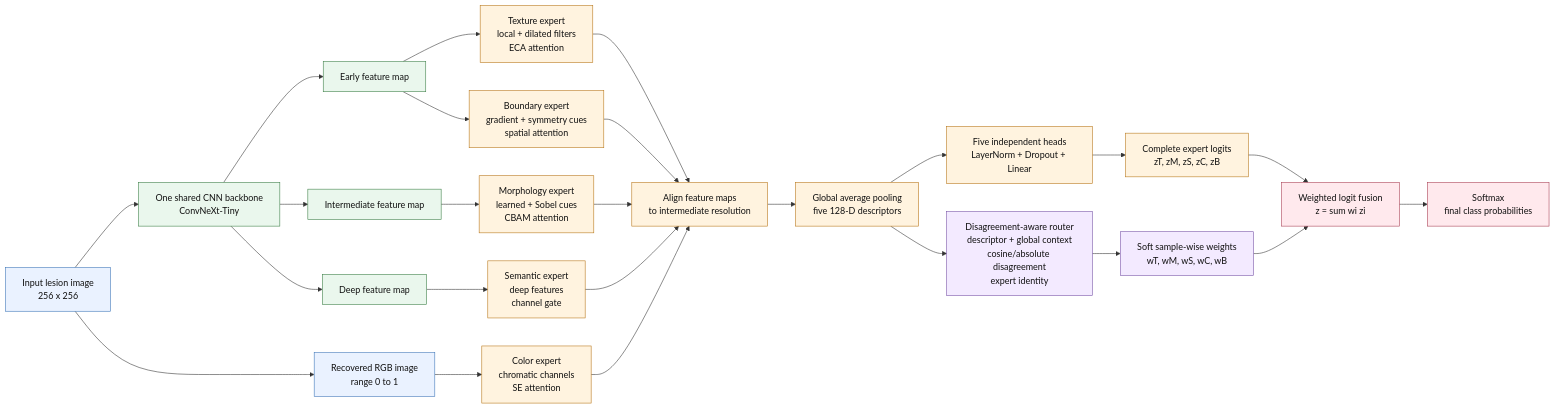
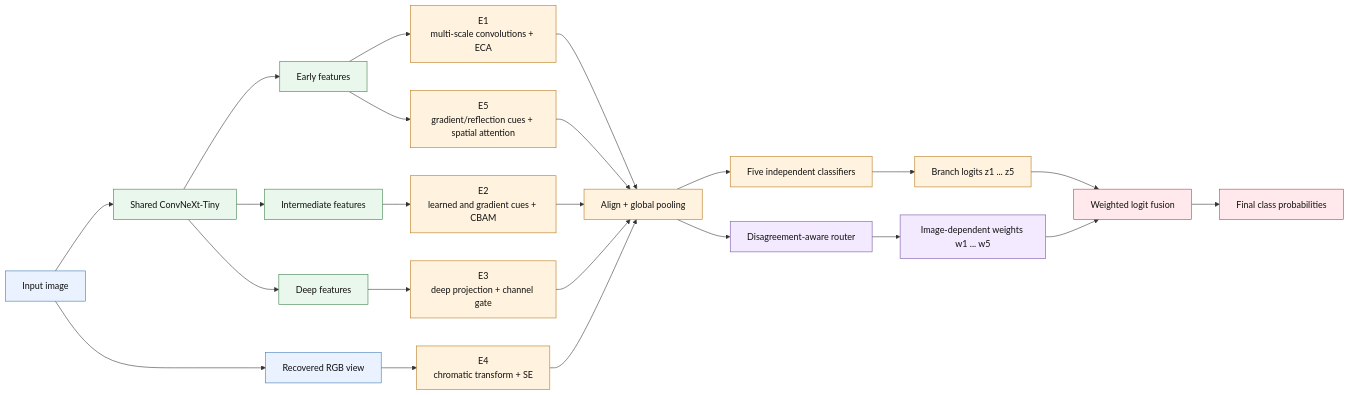
Before and after one commit to AnushtupGhosh5/Classification: the diagram in ARCHITECTURE_DIAGRAM.md, drawn with Mermaid. The commit also changed other lines of this file and 93 other files, not shown here.

````diff
--- a/ARCHITECTURE_DIAGRAM.md
+++ b/ARCHITECTURE_DIAGRAM.md
@@ -5,49 +8,39 @@
 ```mermaid
 flowchart LR
-    I["Input lesion image<br/>256 x 256"]
-    B["One shared CNN backbone<br/>ConvNeXt-Tiny"]
-    E["Early feature map"]
-    M["Intermediate feature map"]
-    D["Deep feature map"]
-    RGB["Recovered RGB image<br/>range 0 to 1"]
+    X["Input image"] --> B["Shared ConvNeXt-Tiny"]
+    X --> R["Recovered RGB view"]
+    B --> L["Early features"]
+    B --> M["Intermediate features"]
+    B --> H["Deep features"]
 
-    I --> B
-    I --> RGB
-    B --> E
-    B --> M
-    B --> D
+    L --> E1["E1<br/>multi-scale convolutions + ECA"]
+    M --> E2["E2<br/>learned and gradient cues + CBAM"]
+    H --> E3["E3<br/>deep projection + channel gate"]
+    R --> E4["E4<br/>chromatic transform + SE"]
+    L --> E5["E5<br/>gradient/reflection cues + spatial attention"]
 
-    E --> T["Texture expert<br/>local + dilated filters<br/>ECA attention"]
-    M --> S["Morphology expert<br/>learned + Sobel cues<br/>CBAM attention"]
-    D --> SEM["Semantic expert<br/>deep features<br/>channel gate"]
-    RGB --> C["Color expert<br/>chromatic channels<br/>SE attention"]
-    E --> BD["Boundary expert<br/>gradient + symmetry cues<br/>spatial attention"]
+    E1 --> P["Align + global pooling"]
+    E2 --> P
+    E3 --> P
+    E4 --> P
+    E5 --> P
 
-    T --> A["Align feature maps<br/>to intermediate resolution"]
-    S --> A
-    SEM --> A
-    C --> A
-    BD --> A
+    P --> C["Five independent classifiers"]
+    P --> D["Disagreement-aware router"]
+    C --> Z["Branch logits z1 ... z5"]
+    D --> W["Image-dependent weights w1 ... w5"]
+    Z --> F["Weighted logit fusion"]
+    W --> F
+    F --> Y["Final class probabilities"]
 
-    A --> P["Global average pooling<br/>five 128-D descriptors"]
-    P --> H["Five independent heads<br/>LayerNorm + Dropout + Linear"]
-    H --> Z["Complete expert logits<br/>zT, zM, zS, zC, zB"]
-
-    P --> R["Disagreement-aware router<br/>descriptor + global context<br/>cosine/absolute disagreement<br/>expert identity"]
-    R --> W["Soft sample-wise weights<br/>wT, wM, wS, wC, wB"]
-
-    Z --> F["Weighted logit fusion<br/>z = sum wi zi"]
-    W --> F
-    F --> O["Softmax<br/>final class probabilities"]
-
-    classDef input fill:#EAF2FF,stroke:#3973B7,color:#111;
-    classDef backbone fill:#EAF7ED,stroke:#3A7D44,color:#111;
-    classDef expert fill:#FFF3DF,stroke:#B67416,color:#111;
-    classDef router fill:#F3EAFF,stroke:#7550A5,color:#111;
-    classDef output fill:#FFE9ED,stroke:#A83D52,color:#111;
-    class I,RGB input;
-    class B,E,M,D backbone;
-    class T,S,SEM,C,BD,A,P,H,Z expert;
-    class R,W router;
-    class F,O output;
+    classDef input fill:#eaf2ff,stroke:#3973b7,color:#111;
+    classDef backbone fill:#eaf7ed,stroke:#3a7d44,color:#111;
+    classDef branch fill:#fff3df,stroke:#b67416,color:#111;
+    classDef router fill:#f3eaff,stroke:#7550a5,color:#111;
+    classDef output fill:#ffe9ed,stroke:#a83d52,color:#111;
+    class X,R input;
+    class B,L,M,H backbone;
+    class E1,E2,E3,E4,E5,P,C,Z branch;
+    class D,W router;
+    class F,Y output;
 ```
````
